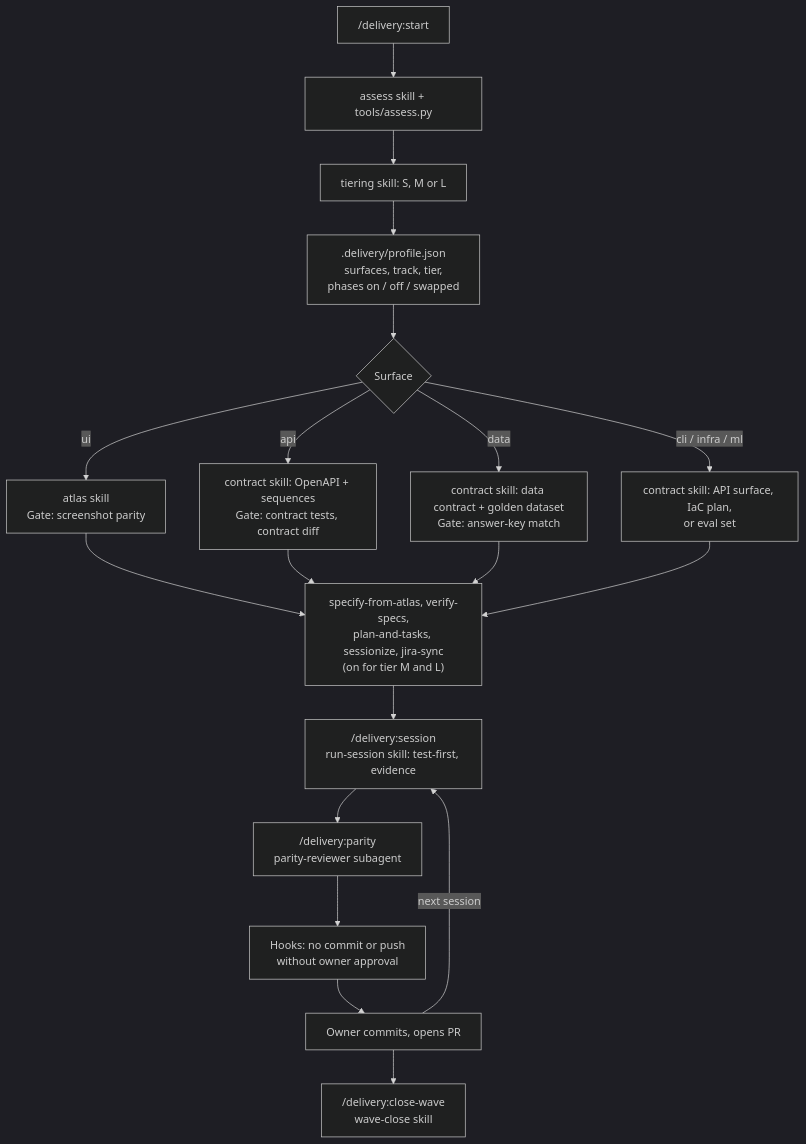
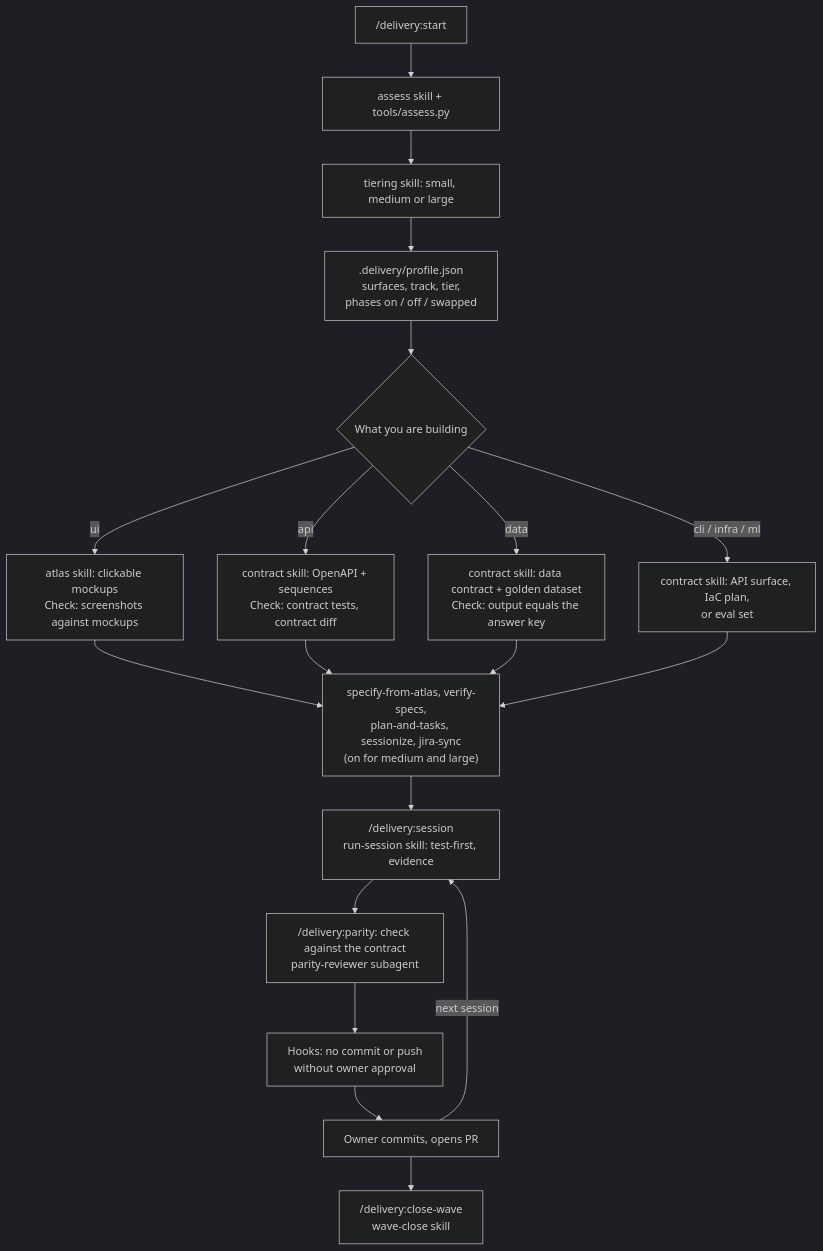
Before and after one commit to arunma/delivery-framework: the ninth of 9 diagrams in docs/learning/claude-code-plugins.md, drawn with Mermaid (dark theme). The commit also changed other lines of this file and 13 other files, not shown here.

````diff
--- a/docs/learning/claude-code-plugins.md
+++ b/docs/learning/claude-code-plugins.md
@@ -802,18 +803,18 @@
 ```mermaid
 flowchart TB
     ST["/delivery:start"] --> A["assess skill + tools/assess.py"]
-    A --> TI["tiering skill: S, M or L"]
+    A --> TI["tiering skill: small, medium or large"]
     TI --> P[".delivery/profile.json<br/>surfaces, track, tier,<br/>phases on / off / swapped"]
-    P --> S{Surface}
-    S -->|ui| UI["atlas skill<br/>Gate: screenshot parity"]
-    S -->|api| API["contract skill: OpenAPI + sequences<br/>Gate: contract tests, contract diff"]
-    S -->|data| D["contract skill: data contract + golden dataset<br/>Gate: answer-key match"]
+    P --> S{"What you are building"}
+    S -->|ui| UI["atlas skill: clickable mockups<br/>Check: screenshots against mockups"]
+    S -->|api| API["contract skill: OpenAPI + sequences<br/>Check: contract tests, contract diff"]
+    S -->|data| D["contract skill: data contract + golden dataset<br/>Check: output equals the answer key"]
     S -->|"cli / infra / ml"| O["contract skill: API surface, IaC plan,<br/>or eval set"]
-    UI & API & D & O --> SP["specify-from-atlas, verify-specs,<br/>plan-and-tasks, sessionize, jira-sync<br/>(on for tier M and L)"]
+    UI & API & D & O --> SP["specify-from-atlas, verify-specs,<br/>plan-and-tasks, sessionize, jira-sync<br/>(on for medium and large)"]
     SP --> SE["/delivery:session<br/>run-session skill: test-first, evidence"]
-    SE --> PR["/delivery:parity<br/>parity-reviewer subagent"]
+    SE --> PR["/delivery:parity: check against the contract<br/>parity-reviewer subagent"]
     PR --> G["Hooks: no commit or push<br/>without owner approval"]
     G --> OW["Owner commits, opens PR"]
     OW -->|next session| SE
     OW --> W["/delivery:close-wave<br/>wave-close skill"]
 ```
````
